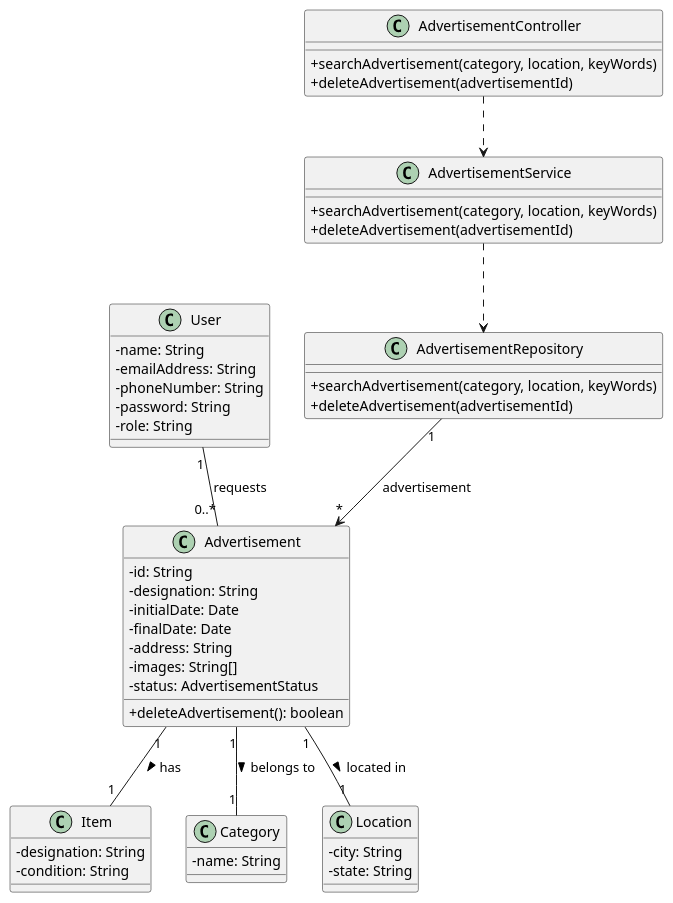
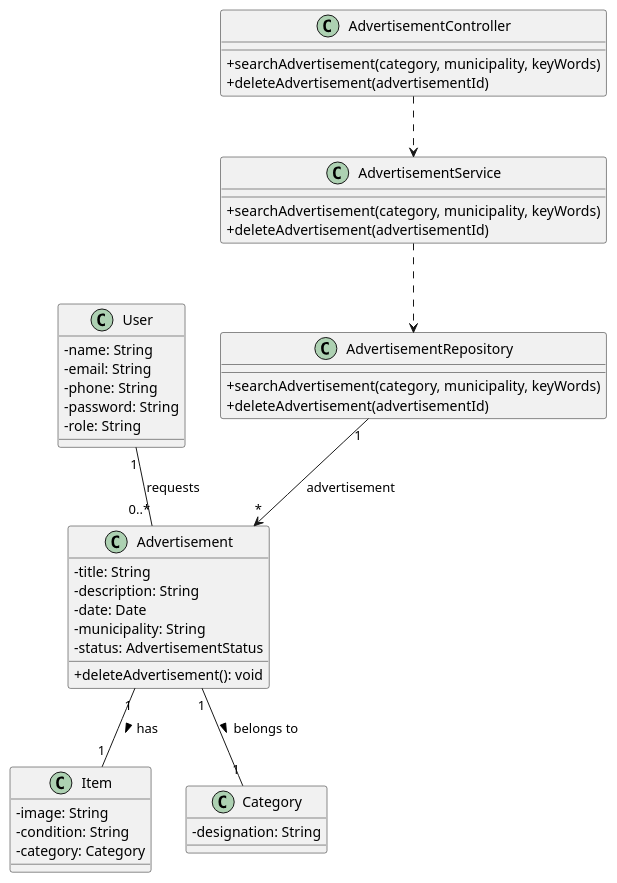
One commit to vivianeaalmeida/ComeAndGet changed the diagram in Docs/US12/02-analysis/US12-DM.puml. Above: the diagram before and after it, drawn with PlantUML. The commit also changed 25 other files, not shown here.

```diff
--- a/Docs/US12/02-analysis/US12-DM.puml
+++ b/Docs/US12/02-analysis/US12-DM.puml
@@ -1,64 +1,57 @@
 @startuml
 skinparam packageStyle rectangle
 skinparam shadowing false
 skinparam classAttributeIconSize 0
 
 class User {
     - name: String
-    - emailAddress: String
-    - phoneNumber: String
+    - email: String
+    - phone: String
     - password: String
     - role: String
 }
 
 class Item {
-    - designation: String
+    - image: String
     - condition: String
+    - category: Category
 }
 
 class Advertisement {
-    - id: String
-    - designation: String
-    - initialDate: Date
-    - finalDate: Date
-    - address: String
-    - images: String[]
+    - title: String
+    - description: String
+    - date: Date
+    - municipality: String
     - status: AdvertisementStatus
-    + deleteAdvertisement(): boolean
+    + deleteAdvertisement(): void
 }
 
 class Category {
-    - name: String
-}
-
-class Location {
-    - city: String
-    - state: String
+    - designation: String
 }
 
 class AdvertisementController {
-    + searchAdvertisement(category, location, keyWords)
+    + searchAdvertisement(category, municipality, keyWords)
     + deleteAdvertisement(advertisementId)
 }
 
 class AdvertisementService {
-    + searchAdvertisement(category, location, keyWords)
+    + searchAdvertisement(category, municipality, keyWords)
     + deleteAdvertisement(advertisementId)
 }
 
 class AdvertisementRepository {
-    + searchAdvertisement(category, location, keyWords)
+    + searchAdvertisement(category, municipality, keyWords)
     + deleteAdvertisement(advertisementId)
 }
 
 ' --- Associações ---
 User "1" -- "0..*" Advertisement : requests
 Advertisement "1" -- "1" Item : has >
 Advertisement "1" -- "1" Category : belongs to >
-Advertisement "1" -- "1" Location : located in >
 
 AdvertisementController ..> AdvertisementService
 AdvertisementService ..> AdvertisementRepository
 AdvertisementRepository "1" --> "*" Advertisement : advertisement
 
 @enduml
```
